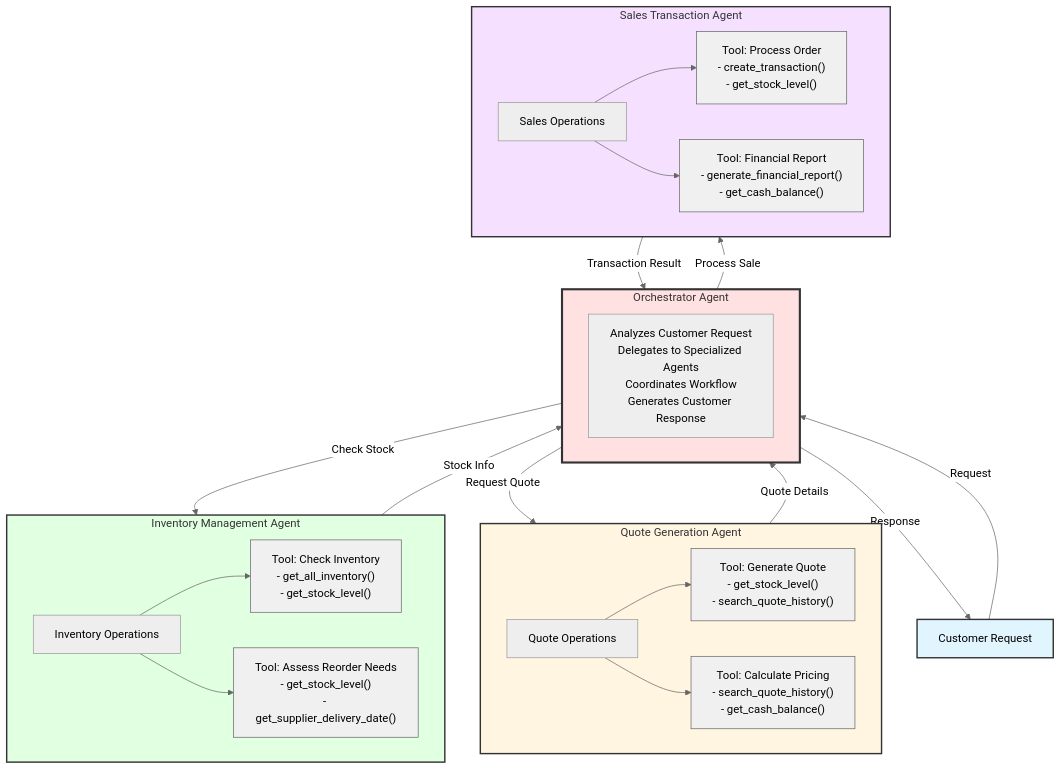
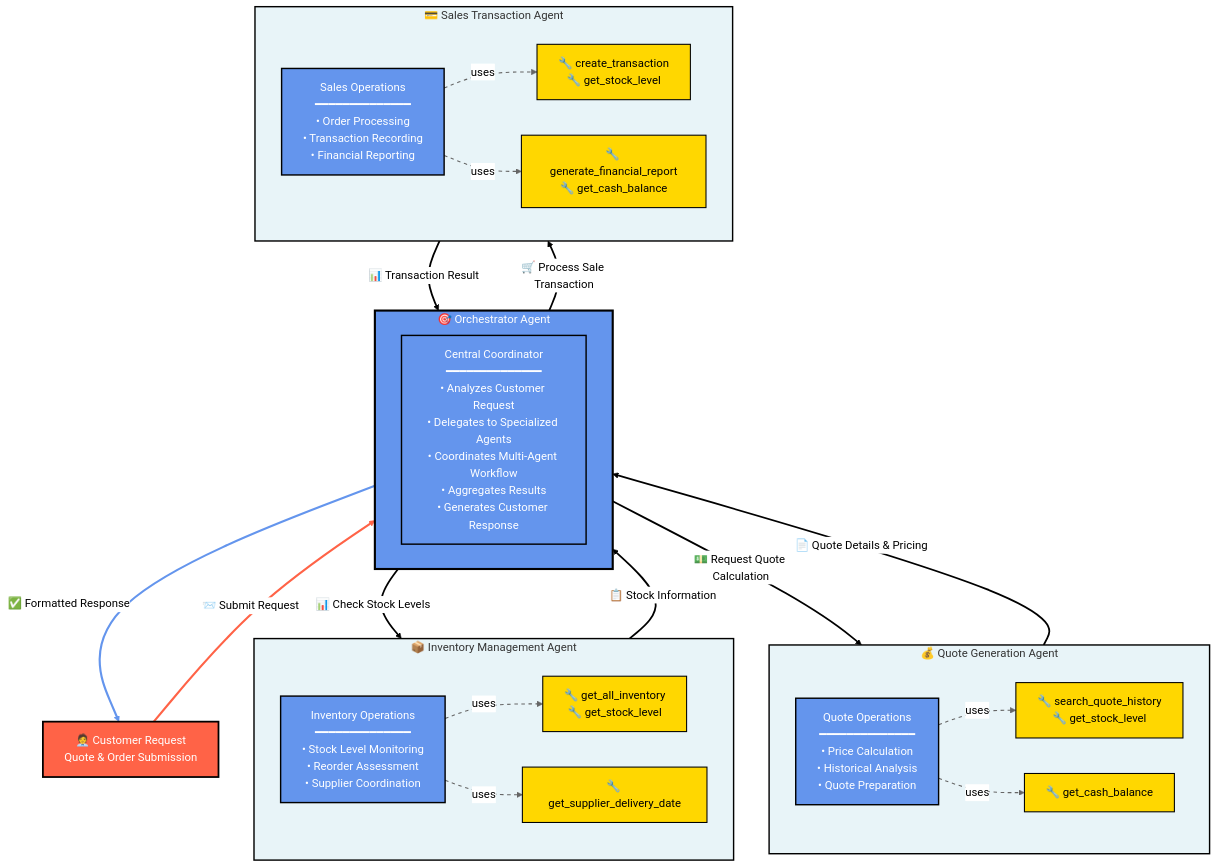
The diagram in Course-04/project/agent_workflow_diagram.mmd (linuxbender/agentic-ai-nd), drawn with Mermaid (neutral theme) before and after one commit. The commit also changed 22 other files, not shown here.

```diff
--- a/Course-04/project/agent_workflow_diagram.mmd
+++ b/Course-04/project/agent_workflow_diagram.mmd
@@ -1,56 +1,80 @@
 flowchart TB
-    Customer["Customer Request"]
+    %% Main Actors
+    Customer["🧑‍💼 Customer Request<br/>Quote & Order Submission"]
     
-    subgraph Orchestrator["Orchestrator Agent"]
-        OA["Analyzes Customer Request<br/>Delegates to Specialized Agents<br/>Coordinates Workflow<br/>Generates Customer Response"]
+    %% Orchestrator Agent
+    subgraph Orchestrator["🎯 Orchestrator Agent"]
+        OA["Central Coordinator<br/>━━━━━━━━━━━━━━<br/>• Analyzes Customer Request<br/>• Delegates to Specialized Agents<br/>• Coordinates Multi-Agent Workflow<br/>• Aggregates Results<br/>• Generates Customer Response"]
     end
     
-    subgraph InventoryAgent["Inventory Management Agent"]
-        IA["Inventory Operations"]
-        T1["Tool: Check Inventory<br/>- get_all_inventory()<br/>- get_stock_level()"]
-        T2["Tool: Assess Reorder Needs<br/>- get_stock_level()<br/>- get_supplier_delivery_date()"]
+    %% Worker Agents
+    subgraph InventoryAgent["📦 Inventory Management Agent"]
+        IA["Inventory Operations<br/>━━━━━━━━━━━━━━<br/>• Stock Level Monitoring<br/>• Reorder Assessment<br/>• Supplier Coordination"]
+        T1["🔧 get_all_inventory<br/>🔧 get_stock_level"]
+        T2["🔧 get_supplier_delivery_date"]
     end
     
-    subgraph QuoteAgent["Quote Generation Agent"]
-        QA["Quote Operations"]
-        T3["Tool: Generate Quote<br/>- get_stock_level()<br/>- search_quote_history()"]
-        T4["Tool: Calculate Pricing<br/>- search_quote_history()<br/>- get_cash_balance()"]
+    subgraph QuoteAgent["💰 Quote Generation Agent"]
+        QA["Quote Operations<br/>━━━━━━━━━━━━━━<br/>• Price Calculation<br/>• Historical Analysis<br/>• Quote Preparation"]
+        T3["🔧 search_quote_history<br/>🔧 get_stock_level"]
+        T4["🔧 get_cash_balance"]
     end
     
-    subgraph SalesAgent["Sales Transaction Agent"]
-        SA["Sales Operations"]
-        T5["Tool: Process Order<br/>- create_transaction()<br/>- get_stock_level()"]
-        T6["Tool: Financial Report<br/>- generate_financial_report()<br/>- get_cash_balance()"]
+    subgraph SalesAgent["💳 Sales Transaction Agent"]
+        SA["Sales Operations<br/>━━━━━━━━━━━━━━<br/>• Order Processing<br/>• Transaction Recording<br/>• Financial Reporting"]
+        T5["🔧 create_transaction<br/>🔧 get_stock_level"]
+        T6["🔧 generate_financial_report<br/>🔧 get_cash_balance"]
     end
     
-    Customer -->|Request| Orchestrator
+    %% Main Flow: Customer <-> Orchestrator
+    Customer -->|"📨 Submit Request"| Orchestrator
+    Orchestrator -->|"✅ Formatted Response"| Customer
     
-    Orchestrator -->|Check Stock| InventoryAgent
-    InventoryAgent -->|Stock Info| Orchestrator
+    %% Orchestrator <-> Inventory Agent
+    Orchestrator -->|"📊 Check Stock Levels"| InventoryAgent
+    InventoryAgent -->|"📋 Stock Information"| Orchestrator
     
-    Orchestrator -->|Request Quote| QuoteAgent
-    QuoteAgent -->|Quote Details| Orchestrator
+    %% Orchestrator <-> Quote Agent
+    Orchestrator -->|"💵 Request Quote Calculation"| QuoteAgent
+    QuoteAgent -->|"📄 Quote Details & Pricing"| Orchestrator
     
-    Orchestrator -->|Process Sale| SalesAgent
-    SalesAgent -->|Transaction Result| Orchestrator
+    %% Orchestrator <-> Sales Agent
+    Orchestrator -->|"🛒 Process Sale Transaction"| SalesAgent
+    SalesAgent -->|"📊 Transaction Result"| Orchestrator
     
-    IA --> T1
-    IA --> T2
-    QA --> T3
-    QA --> T4
-    SA --> T5
-    SA --> T6
+    %% Agent -> Tool Connections
+    IA -.->|"uses"| T1
+    IA -.->|"uses"| T2
+    QA -.->|"uses"| T3
+    QA -.->|"uses"| T4
+    SA -.->|"uses"| T5
+    SA -.->|"uses"| T6
     
-    Orchestrator -->|Response| Customer
+    %% Styling - Customer (Tomato Red like demo.py)
+    style Customer fill:#FF6347,stroke:#000,stroke-width:2.5px,color:#fff
     
-    style Customer fill:#e1f5ff,stroke:#333,stroke-width:2px
-    style Orchestrator fill:#ffe1e1,stroke:#333,stroke-width:3px
-    style InventoryAgent fill:#e1ffe1,stroke:#333,stroke-width:2px
-    style QuoteAgent fill:#fff5e1,stroke:#333,stroke-width:2px
-    style SalesAgent fill:#f5e1ff,stroke:#333,stroke-width:2px
-    style T1 fill:#f0f0f0,stroke:#666,stroke-width:1px
-    style T2 fill:#f0f0f0,stroke:#666,stroke-width:1px
-    style T3 fill:#f0f0f0,stroke:#666,stroke-width:1px
-    style T4 fill:#f0f0f0,stroke:#666,stroke-width:1px
-    style T5 fill:#f0f0f0,stroke:#666,stroke-width:1px
-    style T6 fill:#f0f0f0,stroke:#666,stroke-width:1px
+    %% Styling - Orchestrator (Cornflower Blue like demo.py agents)
+    style Orchestrator fill:#6495ED,stroke:#000,stroke-width:3px,color:#fff
+    style OA fill:#6495ED,stroke:#000,stroke-width:2px,color:#fff
+    
+    %% Styling - Worker Agents (Cornflower Blue)
+    style InventoryAgent fill:#e8f4f8,stroke:#000,stroke-width:2px
+    style QuoteAgent fill:#e8f4f8,stroke:#000,stroke-width:2px
+    style SalesAgent fill:#e8f4f8,stroke:#000,stroke-width:2px
+    style IA fill:#6495ED,stroke:#000,stroke-width:2px,color:#fff
+    style QA fill:#6495ED,stroke:#000,stroke-width:2px,color:#fff
+    style SA fill:#6495ED,stroke:#000,stroke-width:2px,color:#fff
+    
+    %% Styling - Tools (Gold like demo.py)
+    style T1 fill:#FFD700,stroke:#000,stroke-width:1.5px,color:#000
+    style T2 fill:#FFD700,stroke:#000,stroke-width:1.5px,color:#000
+    style T3 fill:#FFD700,stroke:#000,stroke-width:1.5px,color:#000
+    style T4 fill:#FFD700,stroke:#000,stroke-width:1.5px,color:#000
+    style T5 fill:#FFD700,stroke:#000,stroke-width:1.5px,color:#000
+    style T6 fill:#FFD700,stroke:#000,stroke-width:1.5px,color:#000
+    
+    %% Link Styling
+    linkStyle 0 stroke:#FF6347,stroke-width:3px
+    linkStyle 1 stroke:#6495ED,stroke-width:3px
+    linkStyle 2,3,4,5,6,7 stroke:#000,stroke-width:2.5px
+    linkStyle 8,9,10,11,12,13 stroke:#666,stroke-width:1.5px,stroke-dasharray:5
```
